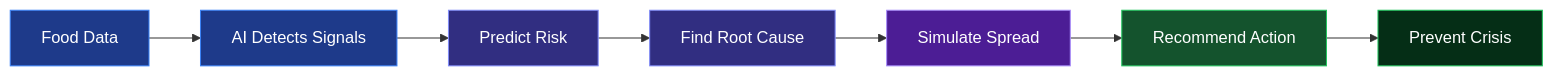
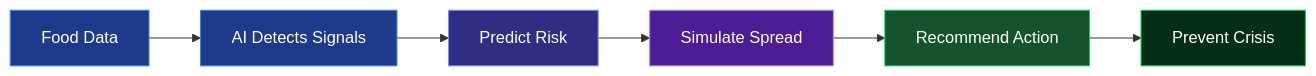
Before and after one commit to codeejb/Foodguard: the second of 9 diagrams in README.md, drawn with Mermaid. The commit also changed other lines of this file, not shown here.

````diff
--- a/README.md
+++ b/README.md
@@ -72,11 +40,10 @@
 ```mermaid
 flowchart LR
-    A[Food Data] --> B[AI Detects Signals] --> C[Predict Risk] --> D[Find Root Cause] --> E[Simulate Spread] --> F[Recommend Action] --> G[Prevent Crisis]
+    A[Food Data] --> B[AI Detects Signals] --> C[Predict Risk] --> D[Simulate Spread] --> E[Recommend Action] --> F[Prevent Crisis]
     style A fill:#1e3a8a,stroke:#3b82f6,color:#fff
     style B fill:#1e3a8a,stroke:#3b82f6,color:#fff
     style C fill:#312e81,stroke:#818cf8,color:#fff
-    style D fill:#312e81,stroke:#818cf8,color:#fff
-    style E fill:#4c1d95,stroke:#a78bfa,color:#fff
-    style F fill:#14532d,stroke:#22c55e,color:#fff
-    style G fill:#052e16,stroke:#22c55e,color:#fff
+    style D fill:#4c1d95,stroke:#a78bfa,color:#fff
+    style E fill:#14532d,stroke:#22c55e,color:#fff
+    style F fill:#052e16,stroke:#22c55e,color:#fff
 ```
````
